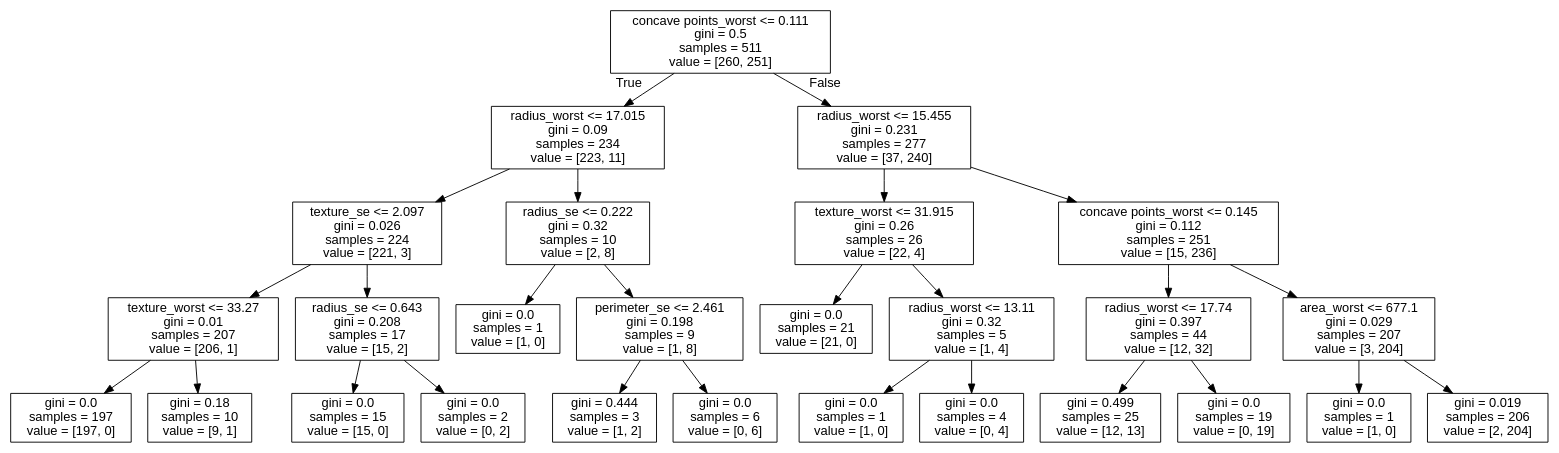
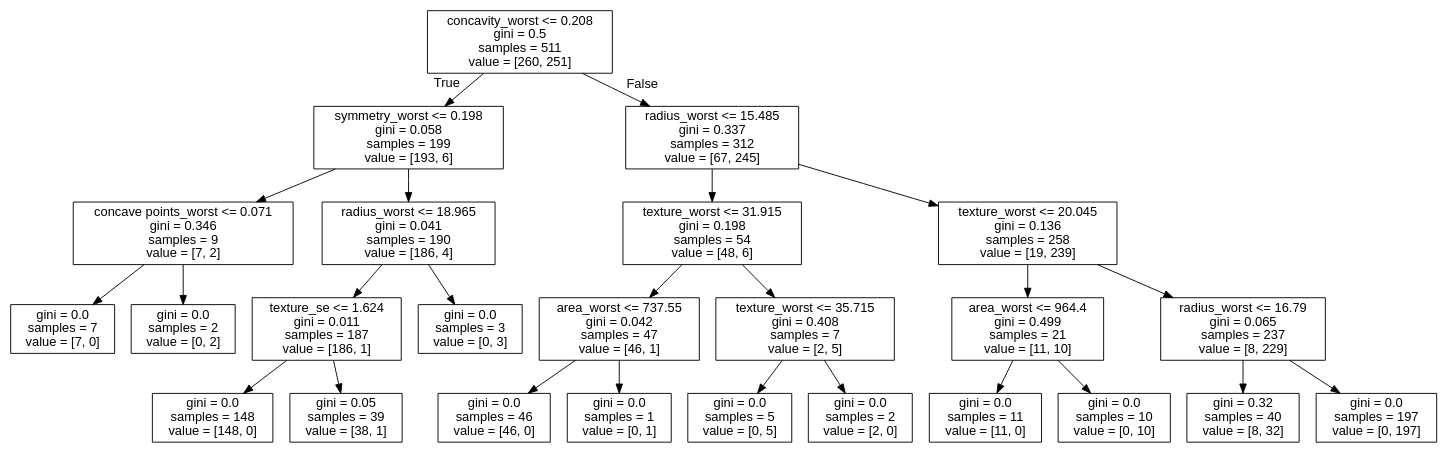
Before and after one commit to m21ark/ia_t2: the diagram in tree.dot, drawn with Graphviz. The commit also changed 2 other files, not shown here.

```diff
--- a/tree.dot
+++ b/tree.dot
@@ -1,57 +1,53 @@
 digraph Tree {
 node [shape=box, fontname="helvetica"] ;
 edge [fontname="helvetica"] ;
-0 [label="concave points_worst <= 0.111\ngini = 0.5\nsamples = 511\nvalue = [260, 251]"] ;
-1 [label="radius_worst <= 17.015\ngini = 0.09\nsamples = 234\nvalue = [223, 11]"] ;
+0 [label="concavity_worst <= 0.208\ngini = 0.5\nsamples = 511\nvalue = [260, 251]"] ;
+1 [label="symmetry_worst <= 0.198\ngini = 0.058\nsamples = 199\nvalue = [193, 6]"] ;
 0 -> 1 [labeldistance=2.5, labelangle=45, headlabel="True"] ;
-2 [label="texture_se <= 2.097\ngini = 0.026\nsamples = 224\nvalue = [221, 3]"] ;
+2 [label="concave points_worst <= 0.071\ngini = 0.346\nsamples = 9\nvalue = [7, 2]"] ;
 1 -> 2 ;
-3 [label="texture_worst <= 33.27\ngini = 0.01\nsamples = 207\nvalue = [206, 1]"] ;
+3 [label="gini = 0.0\nsamples = 7\nvalue = [7, 0]"] ;
 2 -> 3 ;
-4 [label="gini = 0.0\nsamples = 197\nvalue = [197, 0]"] ;
-3 -> 4 ;
-5 [label="gini = 0.18\nsamples = 10\nvalue = [9, 1]"] ;
-3 -> 5 ;
-6 [label="radius_se <= 0.643\ngini = 0.208\nsamples = 17\nvalue = [15, 2]"] ;
-2 -> 6 ;
-7 [label="gini = 0.0\nsamples = 15\nvalue = [15, 0]"] ;
+4 [label="gini = 0.0\nsamples = 2\nvalue = [0, 2]"] ;
+2 -> 4 ;
+5 [label="radius_worst <= 18.965\ngini = 0.041\nsamples = 190\nvalue = [186, 4]"] ;
+1 -> 5 ;
+6 [label="texture_se <= 1.624\ngini = 0.011\nsamples = 187\nvalue = [186, 1]"] ;
+5 -> 6 ;
+7 [label="gini = 0.0\nsamples = 148\nvalue = [148, 0]"] ;
 6 -> 7 ;
-8 [label="gini = 0.0\nsamples = 2\nvalue = [0, 2]"] ;
+8 [label="gini = 0.05\nsamples = 39\nvalue = [38, 1]"] ;
 6 -> 8 ;
-9 [label="radius_se <= 0.222\ngini = 0.32\nsamples = 10\nvalue = [2, 8]"] ;
-1 -> 9 ;
-10 [label="gini = 0.0\nsamples = 1\nvalue = [1, 0]"] ;
-9 -> 10 ;
-11 [label="perimeter_se <= 2.461\ngini = 0.198\nsamples = 9\nvalue = [1, 8]"] ;
-9 -> 11 ;
-12 [label="gini = 0.444\nsamples = 3\nvalue = [1, 2]"] ;
+9 [label="gini = 0.0\nsamples = 3\nvalue = [0, 3]"] ;
+5 -> 9 ;
+10 [label="radius_worst <= 15.485\ngini = 0.337\nsamples = 312\nvalue = [67, 245]"] ;
+0 -> 10 [labeldistance=2.5, labelangle=-45, headlabel="False"] ;
+11 [label="texture_worst <= 31.915\ngini = 0.198\nsamples = 54\nvalue = [48, 6]"] ;
+10 -> 11 ;
+12 [label="area_worst <= 737.55\ngini = 0.042\nsamples = 47\nvalue = [46, 1]"] ;
 11 -> 12 ;
-13 [label="gini = 0.0\nsamples = 6\nvalue = [0, 6]"] ;
-11 -> 13 ;
-14 [label="radius_worst <= 15.455\ngini = 0.231\nsamples = 277\nvalue = [37, 240]"] ;
-0 -> 14 [labeldistance=2.5, labelangle=-45, headlabel="False"] ;
-15 [label="texture_worst <= 31.915\ngini = 0.26\nsamples = 26\nvalue = [22, 4]"] ;
-14 -> 15 ;
-16 [label="gini = 0.0\nsamples = 21\nvalue = [21, 0]"] ;
+13 [label="gini = 0.0\nsamples = 46\nvalue = [46, 0]"] ;
+12 -> 13 ;
+14 [label="gini = 0.0\nsamples = 1\nvalue = [0, 1]"] ;
+12 -> 14 ;
+15 [label="texture_worst <= 35.715\ngini = 0.408\nsamples = 7\nvalue = [2, 5]"] ;
+11 -> 15 ;
+16 [label="gini = 0.0\nsamples = 5\nvalue = [0, 5]"] ;
 15 -> 16 ;
-17 [label="radius_worst <= 13.11\ngini = 0.32\nsamples = 5\nvalue = [1, 4]"] ;
+17 [label="gini = 0.0\nsamples = 2\nvalue = [2, 0]"] ;
 15 -> 17 ;
-18 [label="gini = 0.0\nsamples = 1\nvalue = [1, 0]"] ;
-17 -> 18 ;
-19 [label="gini = 0.0\nsamples = 4\nvalue = [0, 4]"] ;
-17 -> 19 ;
-20 [label="concave points_worst <= 0.145\ngini = 0.112\nsamples = 251\nvalue = [15, 236]"] ;
-14 -> 20 ;
-21 [label="radius_worst <= 17.74\ngini = 0.397\nsamples = 44\nvalue = [12, 32]"] ;
-20 -> 21 ;
-22 [label="gini = 0.499\nsamples = 25\nvalue = [12, 13]"] ;
-21 -> 22 ;
-23 [label="gini = 0.0\nsamples = 19\nvalue = [0, 19]"] ;
-21 -> 23 ;
-24 [label="area_worst <= 677.1\ngini = 0.029\nsamples = 207\nvalue = [3, 204]"] ;
-20 -> 24 ;
-25 [label="gini = 0.0\nsamples = 1\nvalue = [1, 0]"] ;
-24 -> 25 ;
-26 [label="gini = 0.019\nsamples = 206\nvalue = [2, 204]"] ;
-24 -> 26 ;
+18 [label="texture_worst <= 20.045\ngini = 0.136\nsamples = 258\nvalue = [19, 239]"] ;
+10 -> 18 ;
+19 [label="area_worst <= 964.4\ngini = 0.499\nsamples = 21\nvalue = [11, 10]"] ;
+18 -> 19 ;
+20 [label="gini = 0.0\nsamples = 11\nvalue = [11, 0]"] ;
+19 -> 20 ;
+21 [label="gini = 0.0\nsamples = 10\nvalue = [0, 10]"] ;
+19 -> 21 ;
+22 [label="radius_worst <= 16.79\ngini = 0.065\nsamples = 237\nvalue = [8, 229]"] ;
+18 -> 22 ;
+23 [label="gini = 0.32\nsamples = 40\nvalue = [8, 32]"] ;
+22 -> 23 ;
+24 [label="gini = 0.0\nsamples = 197\nvalue = [0, 197]"] ;
+22 -> 24 ;
 }
```
